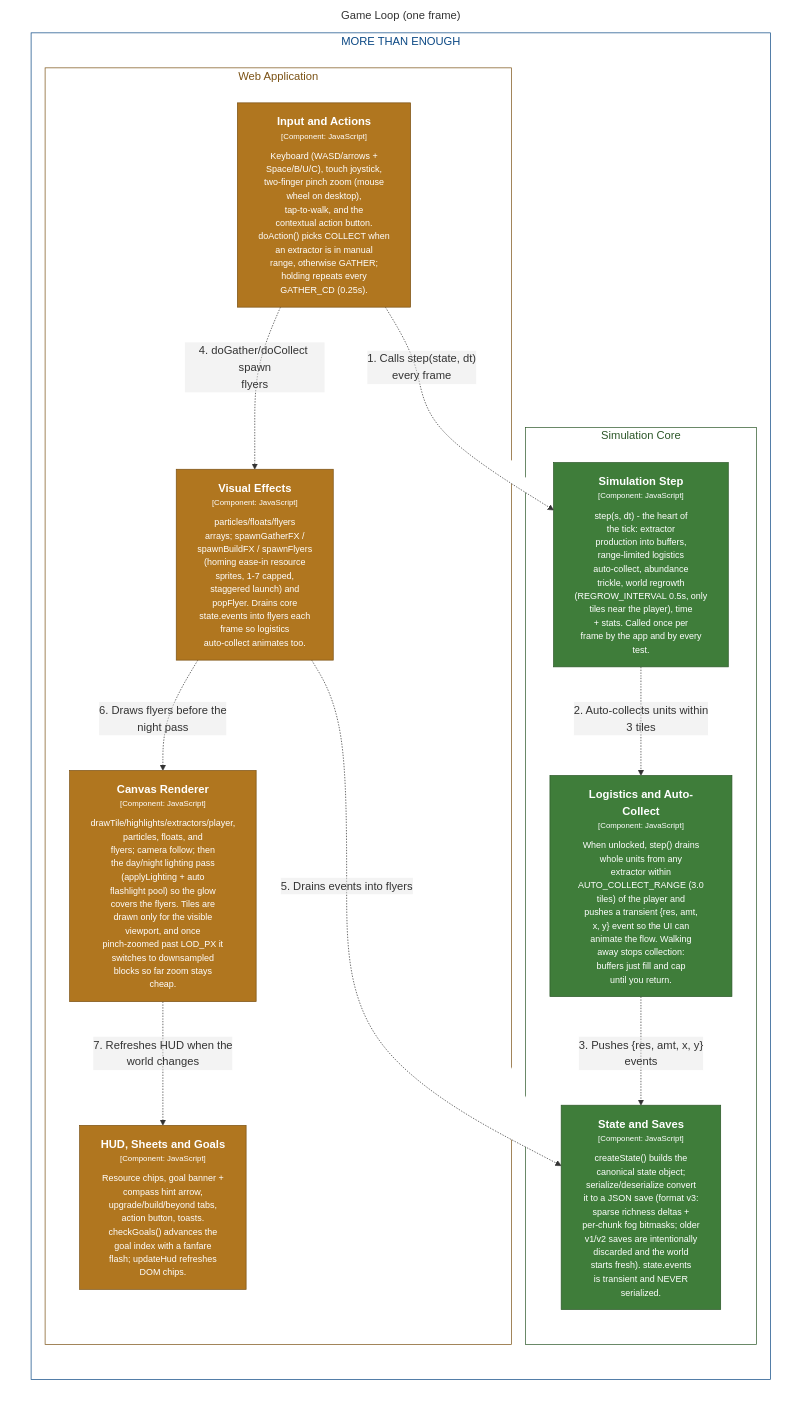
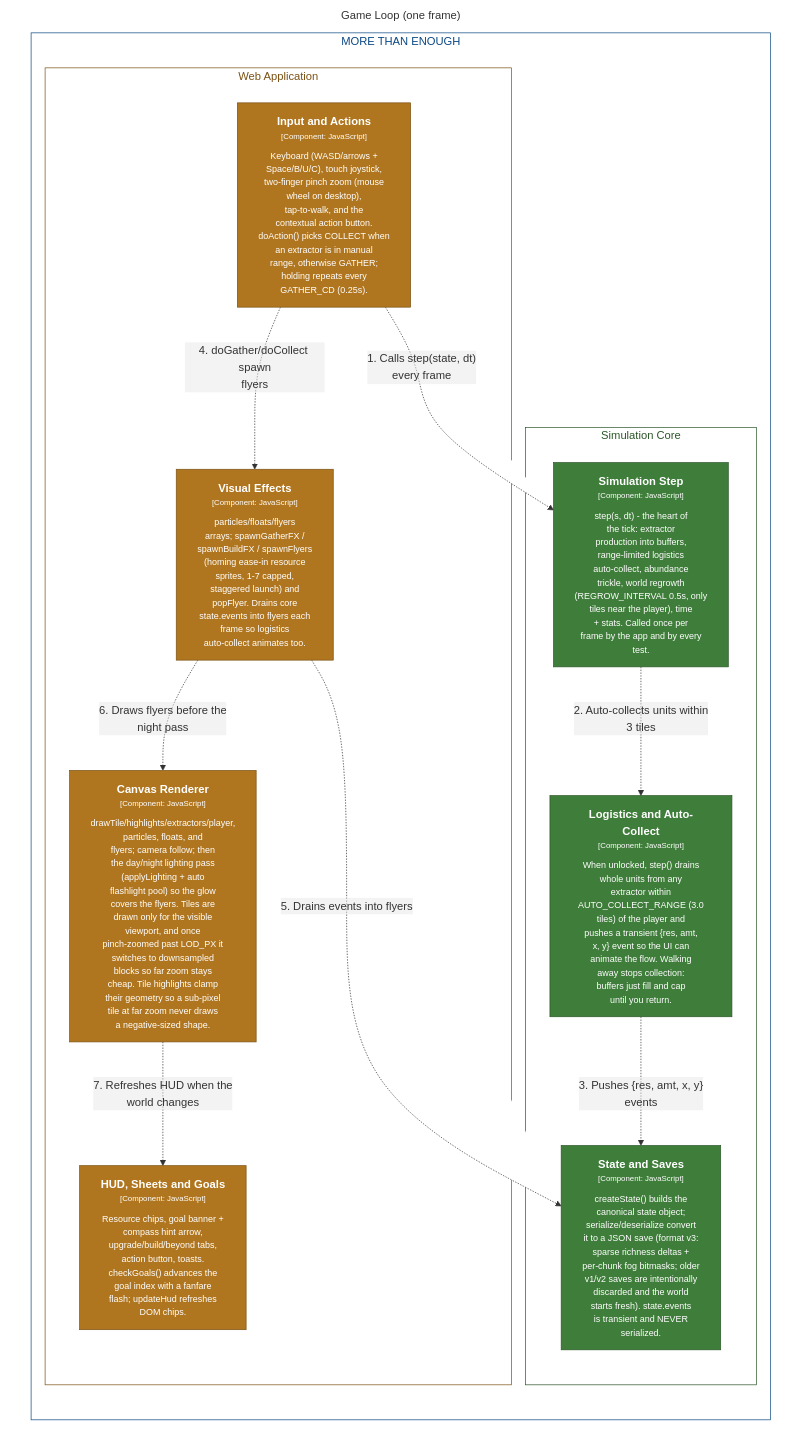
Before and after one commit to bitkojine/more-than-enough: the diagram in structurizr/diagrams/GameLoop.mmd, drawn with Mermaid. The commit also changed 9 other files, not shown here.

```diff
--- a/structurizr/diagrams/GameLoop.mmd
+++ b/structurizr/diagrams/GameLoop.mmd
@@ -1,45 +1,45 @@
 %% Generated from structurizr/workspace.dsl — do not edit; run: node structurizr/scripts/structurizr.mjs mermaid
 graph LR
   linkStyle default fill:#ffffff
 
   subgraph diagram ["Game Loop (one frame)"]
     style diagram fill:#ffffff,stroke:#ffffff
 
     subgraph 3 ["MORE THAN ENOUGH"]
       style 3 fill:#ffffff,stroke:#0b4884,color:#0b4884
 
       subgraph 11 ["Simulation Core"]
         style 11 fill:#ffffff,stroke:#2c5728,color:#2c5728
 
         13["<div style='font-weight: bold'>State and Saves</div><div style='font-size: 70%; margin-top: 0px'>[Component: JavaScript]</div><div style='font-size: 80%; margin-top:10px'>createState() builds the<br />canonical state object;<br />serialize/deserialize convert<br />it to a JSON save (format v3:<br />sparse richness deltas +<br />per-chunk fog bitmasks; older<br />v1/v2 saves are intentionally<br />discarded and the world<br />starts fresh). state.events<br />is transient and NEVER<br />serialized.</div>"]
         style 13 fill:#3f7d3a,stroke:#2c5728,color:#ffffff
         14["<div style='font-weight: bold'>Simulation Step</div><div style='font-size: 70%; margin-top: 0px'>[Component: JavaScript]</div><div style='font-size: 80%; margin-top:10px'>step(s, dt) - the heart of<br />the tick: extractor<br />production into buffers,<br />range-limited logistics<br />auto-collect, abundance<br />trickle, world regrowth<br />(REGROW_INTERVAL 0.5s, only<br />tiles near the player), time<br />+ stats. Called once per<br />frame by the app and by every<br />test.</div>"]
         style 14 fill:#3f7d3a,stroke:#2c5728,color:#ffffff
         17["<div style='font-weight: bold'>Logistics and Auto-Collect</div><div style='font-size: 70%; margin-top: 0px'>[Component: JavaScript]</div><div style='font-size: 80%; margin-top:10px'>When unlocked, step() drains<br />whole units from any<br />extractor within<br />AUTO_COLLECT_RANGE (3.0<br />tiles) of the player and<br />pushes a transient {res, amt,<br />x, y} event so the UI can<br />animate the flow. Walking<br />away stops collection:<br />buffers just fill and cap<br />until you return.</div>"]
         style 17 fill:#3f7d3a,stroke:#2c5728,color:#ffffff
       end
 
       subgraph 4 ["Web Application"]
         style 4 fill:#ffffff,stroke:#7b5215,color:#7b5215
 
         5["<div style='font-weight: bold'>Input and Actions</div><div style='font-size: 70%; margin-top: 0px'>[Component: JavaScript]</div><div style='font-size: 80%; margin-top:10px'>Keyboard (WASD/arrows +<br />Space/B/U/C), touch joystick,<br />two-finger pinch zoom (mouse<br />wheel on desktop),<br />tap-to-walk, and the<br />contextual action button.<br />doAction() picks COLLECT when<br />an extractor is in manual<br />range, otherwise GATHER;<br />holding repeats every<br />GATHER_CD (0.25s).</div>"]
         style 5 fill:#b0761f,stroke:#7b5215,color:#ffffff
-        6["<div style='font-weight: bold'>Canvas Renderer</div><div style='font-size: 70%; margin-top: 0px'>[Component: JavaScript]</div><div style='font-size: 80%; margin-top:10px'>drawTile/highlights/extractors/player,<br />particles, floats, and<br />flyers; camera follow; then<br />the day/night lighting pass<br />(applyLighting + auto<br />flashlight pool) so the glow<br />covers the flyers. Tiles are<br />drawn only for the visible<br />viewport, and once<br />pinch-zoomed past LOD_PX it<br />switches to downsampled<br />blocks so far zoom stays<br />cheap.</div>"]
+        6["<div style='font-weight: bold'>Canvas Renderer</div><div style='font-size: 70%; margin-top: 0px'>[Component: JavaScript]</div><div style='font-size: 80%; margin-top:10px'>drawTile/highlights/extractors/player,<br />particles, floats, and<br />flyers; camera follow; then<br />the day/night lighting pass<br />(applyLighting + auto<br />flashlight pool) so the glow<br />covers the flyers. Tiles are<br />drawn only for the visible<br />viewport, and once<br />pinch-zoomed past LOD_PX it<br />switches to downsampled<br />blocks so far zoom stays<br />cheap. Tile highlights clamp<br />their geometry so a sub-pixel<br />tile at far zoom never draws<br />a negative-sized shape.</div>"]
         style 6 fill:#b0761f,stroke:#7b5215,color:#ffffff
         7["<div style='font-weight: bold'>Visual Effects</div><div style='font-size: 70%; margin-top: 0px'>[Component: JavaScript]</div><div style='font-size: 80%; margin-top:10px'>particles/floats/flyers<br />arrays; spawnGatherFX /<br />spawnBuildFX / spawnFlyers<br />(homing ease-in resource<br />sprites, 1-7 capped,<br />staggered launch) and<br />popFlyer. Drains core<br />state.events into flyers each<br />frame so logistics<br />auto-collect animates too.</div>"]
         style 7 fill:#b0761f,stroke:#7b5215,color:#ffffff
         8["<div style='font-weight: bold'>HUD, Sheets and Goals</div><div style='font-size: 70%; margin-top: 0px'>[Component: JavaScript]</div><div style='font-size: 80%; margin-top:10px'>Resource chips, goal banner +<br />compass hint arrow,<br />upgrade/build/beyond tabs,<br />action button, toasts.<br />checkGoals() advances the<br />goal index with a fanfare<br />flash; updateHud refreshes<br />DOM chips.</div>"]
         style 8 fill:#b0761f,stroke:#7b5215,color:#ffffff
       end
 
     end
 
     5-. "<div>1. Calls step(state, dt)<br />every frame</div><div style='font-size: 70%'></div>" .->14
     14-. "<div>2. Auto-collects units within<br />3 tiles</div><div style='font-size: 70%'></div>" .->17
     17-. "<div>3. Pushes {res, amt, x, y}<br />events</div><div style='font-size: 70%'></div>" .->13
     5-. "<div>4. doGather/doCollect spawn<br />flyers</div><div style='font-size: 70%'></div>" .->7
     7-. "<div>5. Drains events into flyers</div><div style='font-size: 70%'></div>" .->13
     7-. "<div>6. Draws flyers before the<br />night pass</div><div style='font-size: 70%'></div>" .->6
     6-. "<div>7. Refreshes HUD when the<br />world changes</div><div style='font-size: 70%'></div>" .->8
 
   end
```
